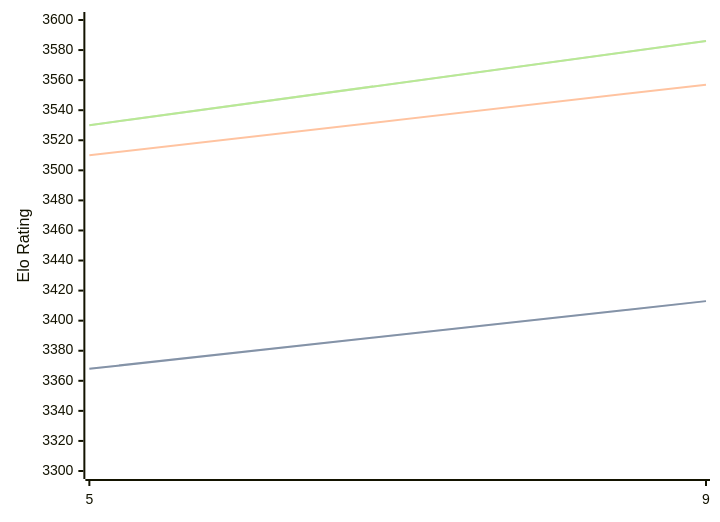
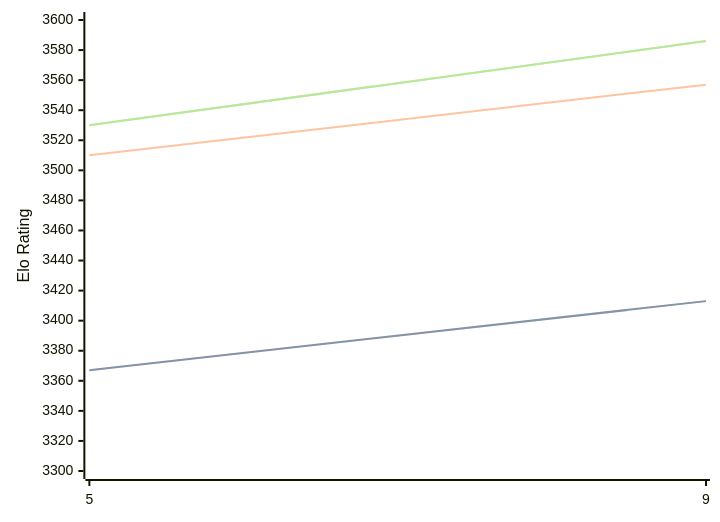
One commit to computer-chess-index/cci changed the diagram in engines/Crystal.md. Above: the diagram before and after it, drawn with Mermaid. The commit also changed other lines of this file, not shown here.

````diff
--- a/engines/Crystal.md
+++ b/engines/Crystal.md
@@ -60,11 +60,11 @@
 ```mermaid
 %%{init: {"theme":"base","themeVariables":{"seriesColors:['#a3a3a3','#222221','#faa371']}}}%%
 xychart-beta
   x-axis ["5", "9"]
   y-axis "Elo Rating" 3300 --> 3600
-  line "STC (8.0+0.08s)" [3368, 3413]
-  line "STC (8.0+0.08s)" [3368, 3413]
+  line "STC (8.0+0.08s)" [3367, 3413]
+  line "STC (8.0+0.08s)" [3367, 3413]
   line "LTC (60.0+0.60s)" [3510, 3557]
   line "VLTC (2m24s+1.12s)" [3530, 3586]
   line "VLTC (2m24s+1.12s)" [3530, 3586]
 ```
````
